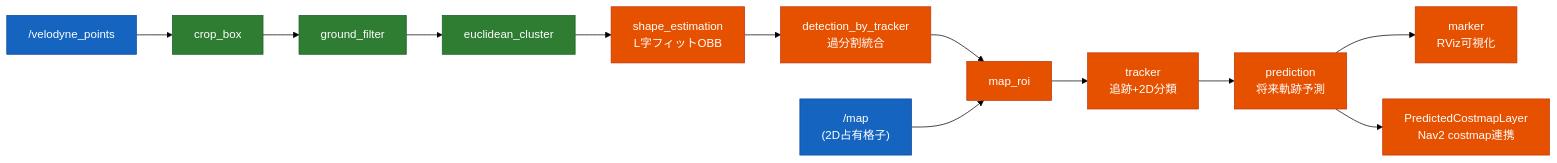
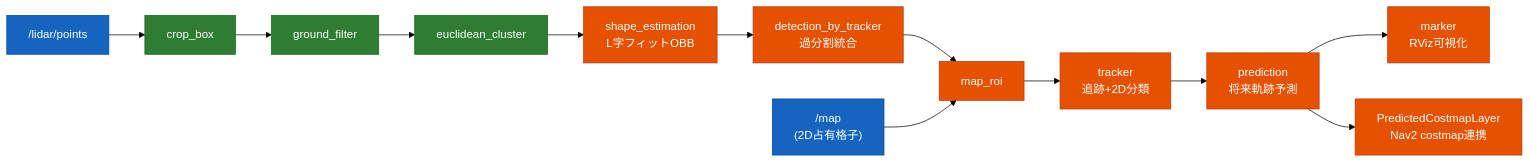
The first of 2 diagrams in README.md (sato-susumu/susumu_object_perception), drawn with Mermaid (forest theme) before and after one commit. The commit also changed other lines of this file and 66 other files, not shown here.

````diff
--- a/README.md
+++ b/README.md
@@ -36,28 +36,28 @@
 ```mermaid
 flowchart LR
-  PC["/velodyne_points"]:::hd
+  PC["/lidar/points"]:::hd
   MAP["/map<br/>(2D占有格子)"]:::hd
 
   crop["crop_box"]:::aw
   ground["ground_filter"]:::aw
   cluster["euclidean_cluster"]:::aw
 
   shape["shape_estimation<br/>L字フィットOBB"]:::own
   merge["detection_by_tracker<br/>過分割統合"]:::own
   roi["map_roi"]:::own
   tracker["tracker<br/>追跡+2D分類"]:::own
   pred["prediction<br/>将来軌跡予測"]:::own
 
   marker["marker<br/>RViz可視化"]:::own
   costmap["PredictedCostmapLayer<br/>Nav2 costmap連携"]:::own
 
   PC --> crop --> ground --> cluster --> shape --> merge --> roi
   MAP --> roi
   roi --> tracker --> pred
   pred --> marker
   pred --> costmap
 
   classDef aw fill:#2e7d32,stroke:#1b5e20,color:#fff;
   classDef own fill:#e65100,stroke:#bf360c,color:#fff;
   classDef hd fill:#1565c0,stroke:#0d47a1,color:#fff;
 ```
````
